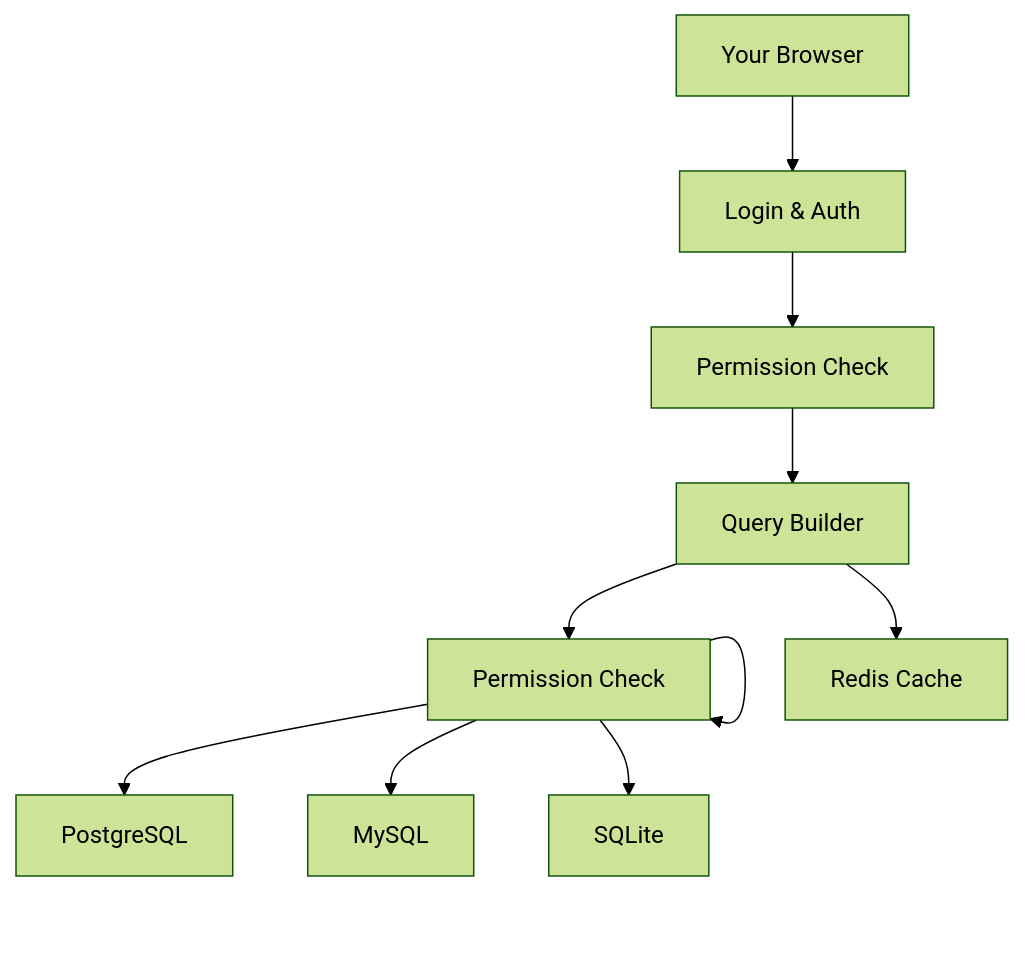
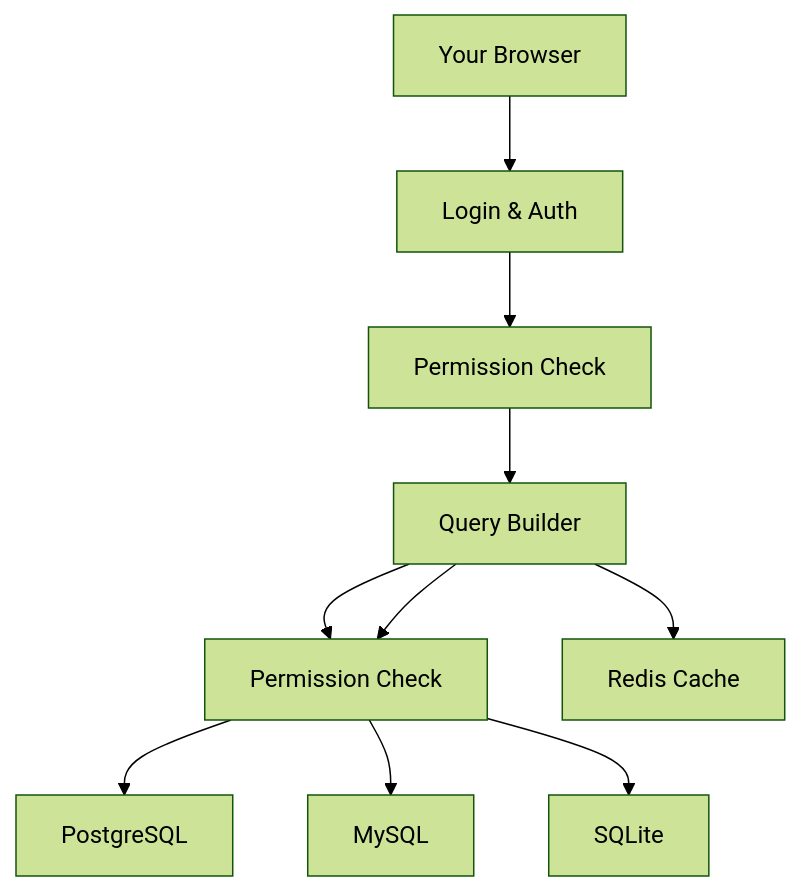
The diagram in README.md (Ayanleaideed/Natural-Language-to-SQL), drawn with Mermaid (forest theme) before and after one commit.

````diff
--- a/README.md
+++ b/README.md
@@ -45,12 +45,12 @@
 ```mermaid
 graph TD
     A[Your Browser] --> B[Login & Auth]
     B --> C[Permission Check]
     C --> D[Query Builder]
     D --> E[Database Connector]
-    E --> E[Permission Check]
+    D --> E[Permission Check]
     E --> F1[PostgreSQL]
     E --> F2[MySQL]
     E --> F3[SQLite]
     D --> G[Redis Cache]
 ```
````
